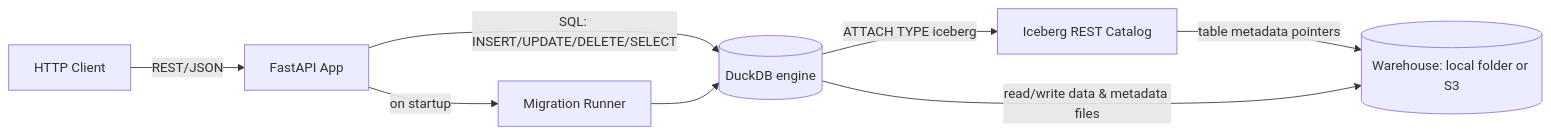
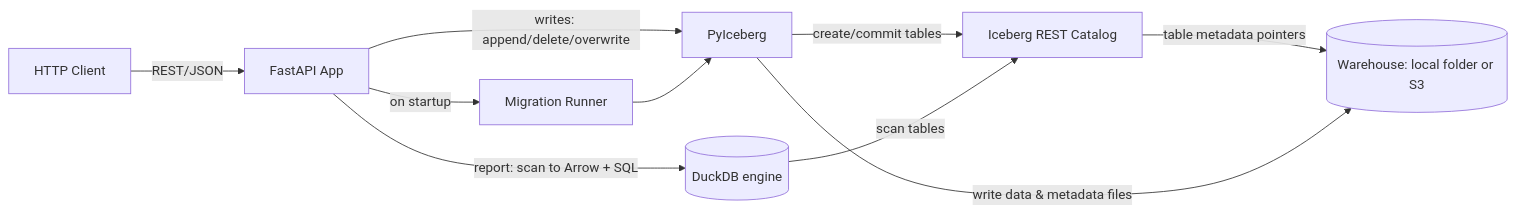
Before and after one commit to IgorEmerick/duckdb-apache-iceberg: the first of 5 diagrams in README.md, drawn with Mermaid. The commit also changed other lines of this file and 48 other files, not shown here.

First line of the commit message:
feat(storage): Iceberg REST catalog + PyIceberg writes (Docker stack) (#8)

````diff
--- a/README.md
+++ b/README.md
@@ -130,10 +138,12 @@
 ```mermaid
 flowchart LR
     Client[HTTP Client] -->|REST/JSON| API[FastAPI App]
-    API -->|SQL: INSERT/UPDATE/DELETE/SELECT| DuckDB[(DuckDB engine)]
-    DuckDB -->|ATTACH TYPE iceberg| REST[Iceberg REST Catalog]
+    API -->|writes: append/delete/overwrite| PyIceberg[PyIceberg]
+    API -->|report: scan to Arrow + SQL| DuckDB[(DuckDB engine)]
+    PyIceberg -->|create/commit tables| REST[Iceberg REST Catalog]
+    DuckDB -->|scan tables| REST
     REST -->|table metadata pointers| Warehouse[(Warehouse: local folder or S3)]
-    DuckDB -->|read/write data & metadata files| Warehouse
+    PyIceberg -->|write data & metadata files| Warehouse
     API -->|on startup| Migrator[Migration Runner]
-    Migrator --> DuckDB
+    Migrator --> PyIceberg
 ```
````
